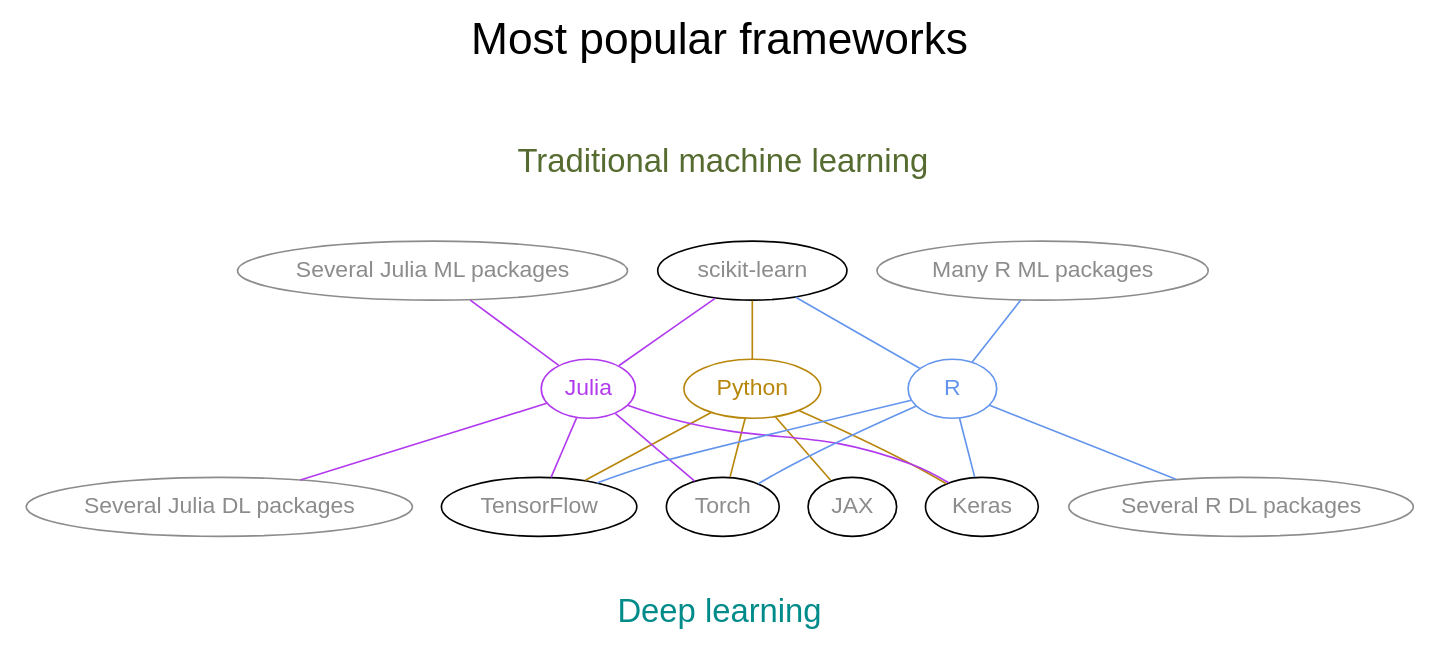
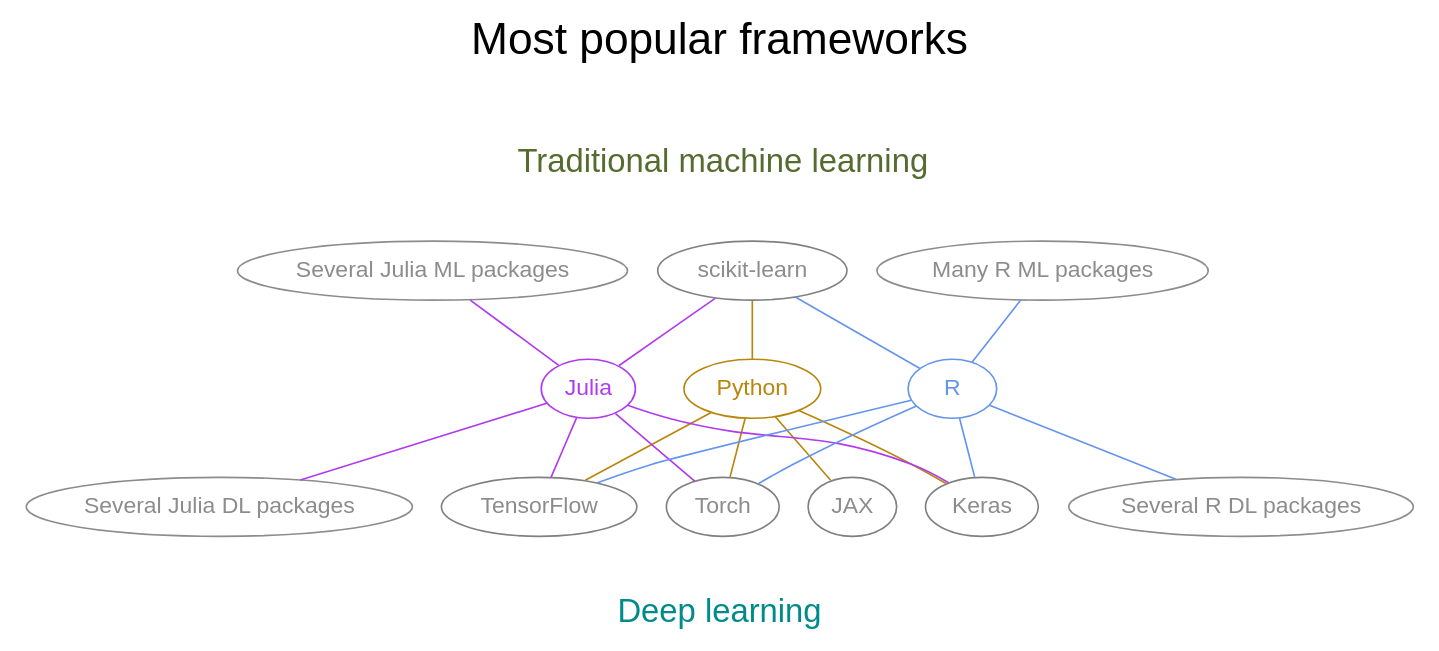
Before and after one commit to WestDRI/arc-training: the fifth of 24 diagrams in ai/wb_frameworks_content.qmd, drawn with Graphviz. The commit also changed other lines of this file, not shown here.

Commit message:
make frameworks content diagrams readable in dark mode

````diff
--- a/ai/wb_frameworks_content.qmd
+++ b/ai/wb_frameworks_content.qmd
@@ -144,57 +144,57 @@
 ```{dot}
 //| echo: false
 
 strict graph {
 
 bgcolor="transparent"
 graph [fontname="Inconsolata, sans-serif"]
-node [fontname="Inconsolata, sans-serif", fontcolor="#8c8c8c"]
+node [fontname="Inconsolata, sans-serif", fontcolor="#8c8c8c", color=grey]
 edge [color="#8c8c8c"]
 
 label="Most popular frameworks\n\n"
 labelloc=t
 fontsize=27
 
 subgraph cluster_ml {
   peripheries=0
   label="Traditional machine learning\n\n"
   fontcolor=darkolivegreen
   fontsize=20
   "scikit-learn" "Several Julia ML packages" "Many R ML packages"
 }
 
 subgraph cluster_dl {
   peripheries=0
   label="\nDeep learning"
   fontcolor=darkcyan
   fontsize=20
   labelloc=b
   Torch TensorFlow JAX Keras "Several Julia DL packages" "Several R DL packages"
 }
 
 Python [color=darkgoldenrod, fontcolor=darkgoldenrod, URL="https://www.python.org/"]
 Julia [color=darkorchid2, fontcolor=darkorchid2, URL="https://julialang.org/"]
 R [color=cornflowerblue, fontcolor=cornflowerblue, URL="https://www.r-project.org/"]
 
 "scikit-learn" -- Python [color=darkgoldenrod]
 Python -- {Torch TensorFlow JAX Keras} [color=darkgoldenrod]
 
 {"Several Julia ML packages" "scikit-learn"} -- Julia [color=darkorchid2]
 Julia -- {"Several Julia DL packages" Torch TensorFlow Keras} [color=darkorchid2]
 
 {"scikit-learn" "Many R ML packages"} -- R [color=cornflowerblue]
 R -- {"Several R DL packages" Torch TensorFlow Keras} [color=cornflowerblue]
 
 "Several Julia ML packages" [color=gray55, fontcolor=gray55]
 "Several Julia DL packages" [color=gray55, fontcolor=gray55]
 "Many R ML packages" [color=gray55, fontcolor=gray55]
 "Several R DL packages" [color=gray55, fontcolor=gray55]
 
 "scikit-learn" [URL="https://scikit-learn.org/stable/"]
 Keras [URL="https://keras.io/"]
 TensorFlow [URL="https://www.tensorflow.org/"]
 Torch [URL="https://pytorch.org/"]
 JAX [URL="https://jax.readthedocs.io/en/latest/index.html"]
 
 }
 ```
````
